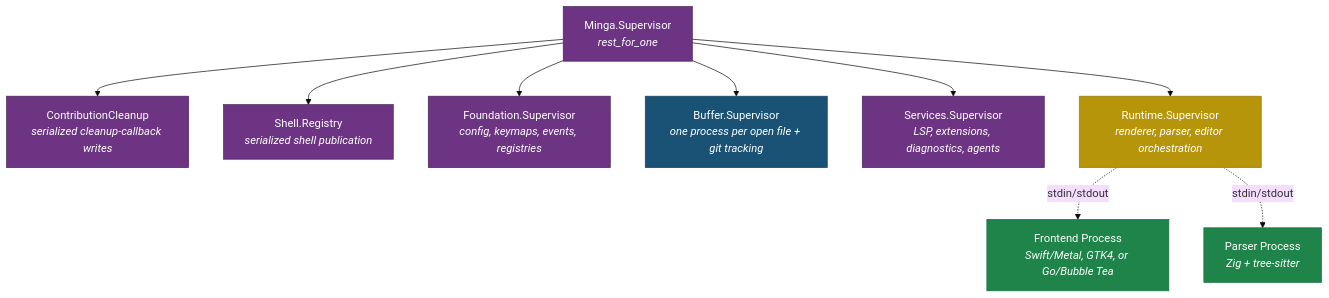
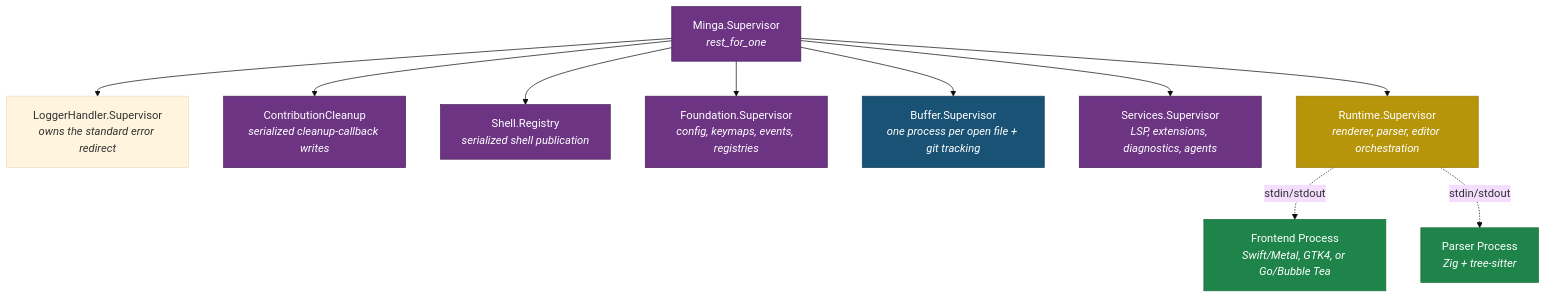
The second of 10 diagrams in docs/ARCHITECTURE.md (jsmestad/minga), drawn with Mermaid (base theme) before and after one commit. The commit also changed other lines of this file and 5 other files, not shown here.

````diff
--- a/docs/ARCHITECTURE.md
+++ b/docs/ARCHITECTURE.md
@@ -176,24 +178,25 @@
 ```mermaid
 graph TD
     SUP["Minga.Supervisor<br/><i>rest_for_one</i>"]
 
+    SUP --> LOGSUP["LoggerHandler.Supervisor<br/><i>owns the standard error redirect</i>"]
     SUP --> CLEANUP["ContributionCleanup<br/><i>serialized cleanup-callback writes</i>"]
     SUP --> SHELLS["Shell.Registry<br/><i>serialized shell publication</i>"]
     SUP --> FOUND["Foundation.Supervisor<br/><i>config, keymaps, events, registries</i>"]
     SUP --> BUFSUP["Buffer.Supervisor<br/><i>one process per open file + git tracking</i>"]
     SUP --> SVC["Services.Supervisor<br/><i>LSP, extensions, diagnostics, agents</i>"]
     SUP --> RT["Runtime.Supervisor<br/><i>renderer, parser, editor orchestration</i>"]
 
     RT -. "stdin/stdout" .-> FE["Frontend Process<br/><i>Swift/Metal, GTK4, or Go/Bubble Tea</i>"]
     RT -. "stdin/stdout" .-> PARSER["Parser Process<br/><i>Zig + tree-sitter</i>"]
 
     style SUP fill:#6c3483,stroke:#4a235a,color:#fff
     style CLEANUP fill:#6c3483,stroke:#4a235a,color:#fff
     style SHELLS fill:#6c3483,stroke:#4a235a,color:#fff
     style FOUND fill:#6c3483,stroke:#4a235a,color:#fff
     style BUFSUP fill:#1a5276,stroke:#154360,color:#fff
     style SVC fill:#6c3483,stroke:#4a235a,color:#fff
     style RT fill:#b7950b,stroke:#9a7d0a,color:#fff
     style FE fill:#1e8449,stroke:#196f3d,color:#fff
     style PARSER fill:#1e8449,stroke:#196f3d,color:#fff
 ```
````
